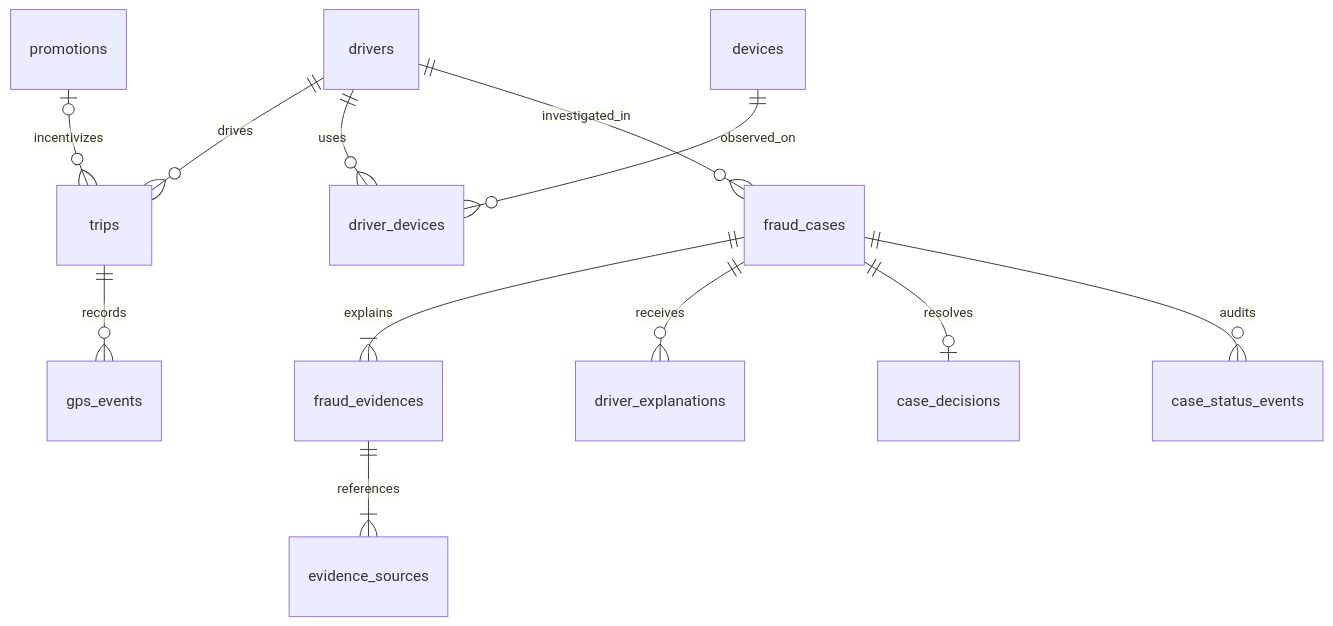
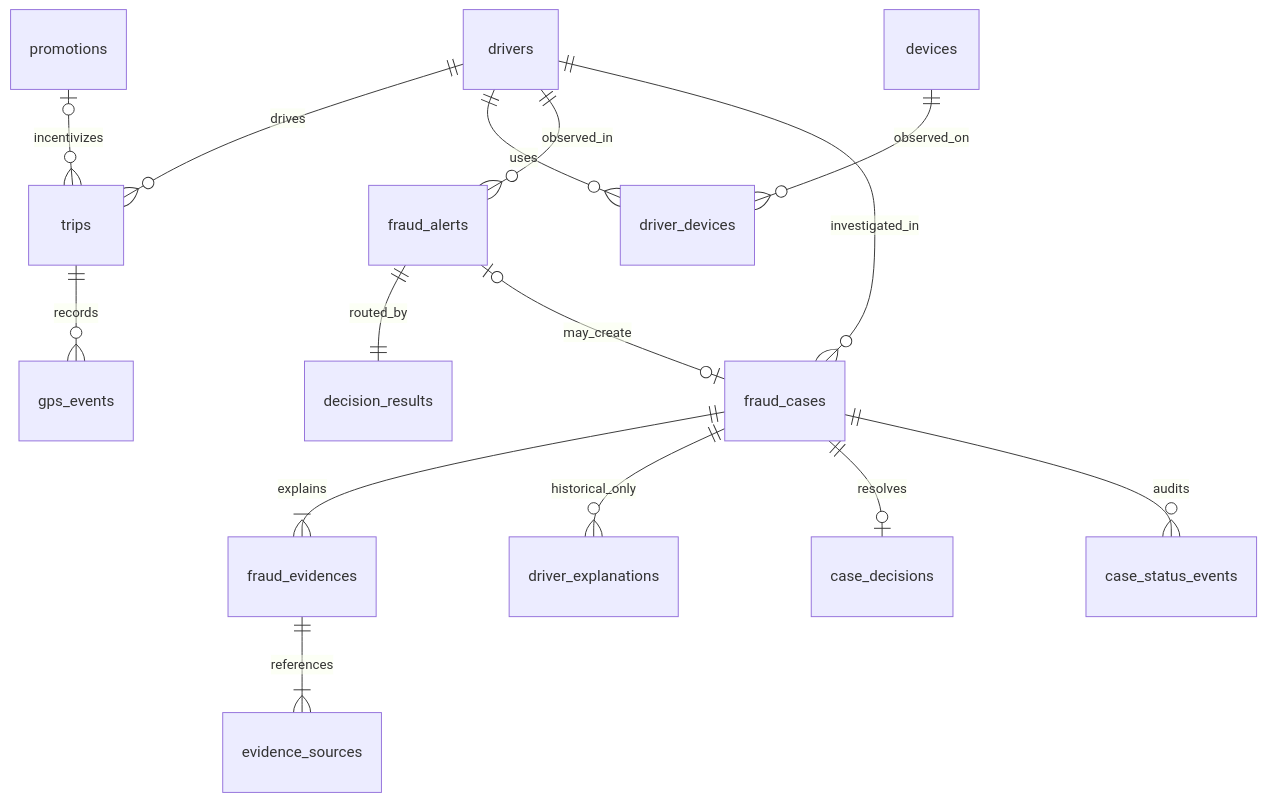
The diagram in docs/data-model.md (holuonganwork/holuonganwork-HoLuongAn_VFS_GSM_ChongGianLan), drawn with Mermaid before and after one commit. The commit also changed other lines of this file and 18 other files, not shown here.

Commit message:
docs(architecture): document transition and scaffold detailed design

````diff
--- a/docs/data-model.md
+++ b/docs/data-model.md
@@ -7,14 +8,17 @@
 ```mermaid
 erDiagram
     drivers ||--o{ trips : drives
     trips ||--o{ gps_events : records
     promotions o|--o{ trips : incentivizes
     drivers ||--o{ driver_devices : uses
     devices ||--o{ driver_devices : observed_on
+    drivers ||--o{ fraud_alerts : observed_in
+    fraud_alerts ||--|| decision_results : routed_by
+    fraud_alerts o|--o| fraud_cases : may_create
     drivers ||--o{ fraud_cases : investigated_in
     fraud_cases ||--|{ fraud_evidences : explains
     fraud_evidences ||--|{ evidence_sources : references
-    fraud_cases ||--o{ driver_explanations : receives
+    fraud_cases ||--o{ driver_explanations : historical_only
     fraud_cases ||--o| case_decisions : resolves
     fraud_cases ||--o{ case_status_events : audits
 ```
````
